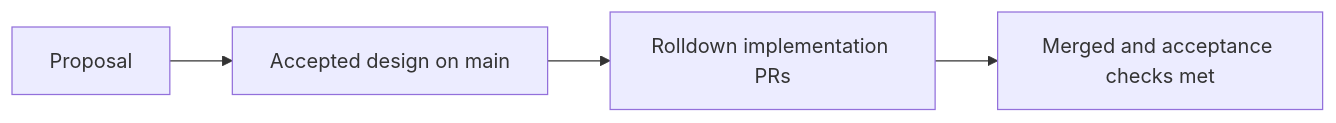
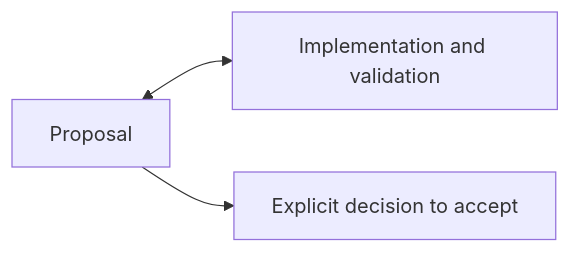
One commit to h-a-n-a/cache changed the diagram in README.md. Above: the diagram before and after it, drawn with Mermaid. The commit also changed other lines of this file and 1 other file, not shown here.

Commit message:
docs: separate design acceptance from merge and implementation

````diff
--- a/README.md
+++ b/README.md
@@ -61,6 +64,5 @@
 ```mermaid
 flowchart LR
-    P[Proposal] --> A[Accepted design on main]
-    A --> R[Rolldown implementation PRs]
-    R --> V[Merged and acceptance checks met]
+    P[Proposal] <--> V[Implementation and validation]
+    P --> A[Explicit decision to accept]
 ```
````
